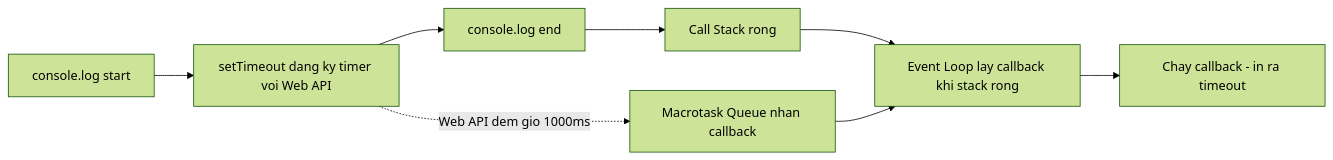
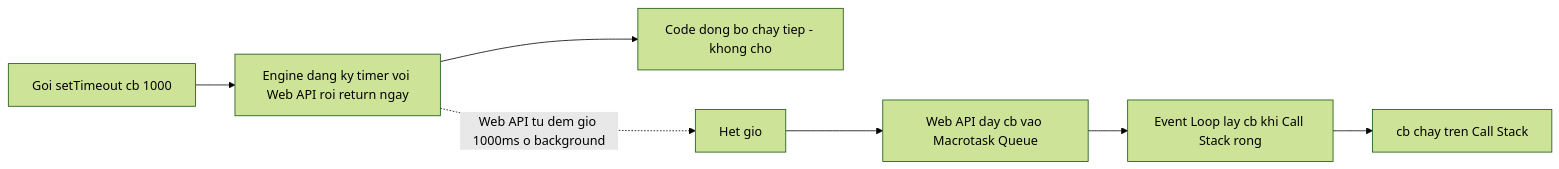
Before and after one commit to vanhiep99w/js-learn: the diagram in content/docs/async/event-loop.md, drawn with Mermaid (forest theme). The commit also changed other lines of this file, not shown here.

First line of the commit message:
Rewrite event-loop.md: clearer pedagogy + more detail

````diff
--- a/content/docs/async/event-loop.md
+++ b/content/docs/async/event-loop.md
@@ -154,10 +125,9 @@
 ```mermaid
 flowchart LR
-    A[console.log start] --> B[setTimeout dang ky timer voi Web API]
-    B --> C[console.log end]
-    C --> D[Call Stack rong]
-    B -. Web API dem gio 1000ms .-> E[Macrotask Queue nhan callback]
-    D --> F[Event Loop lay callback khi stack rong]
-    E --> F
-    F --> G[Chay callback - in ra timeout]
+    A[Goi setTimeout cb 1000] --> B[Engine dang ky timer voi Web API roi return ngay]
+    B --> C[Code dong bo chay tiep - khong cho]
+    B -. Web API tu dem gio 1000ms o background .-> D[Het gio]
+    D --> E[Web API day cb vao Macrotask Queue]
+    E --> F[Event Loop lay cb khi Call Stack rong]
+    F --> G[cb chay tren Call Stack]
 ```
````
